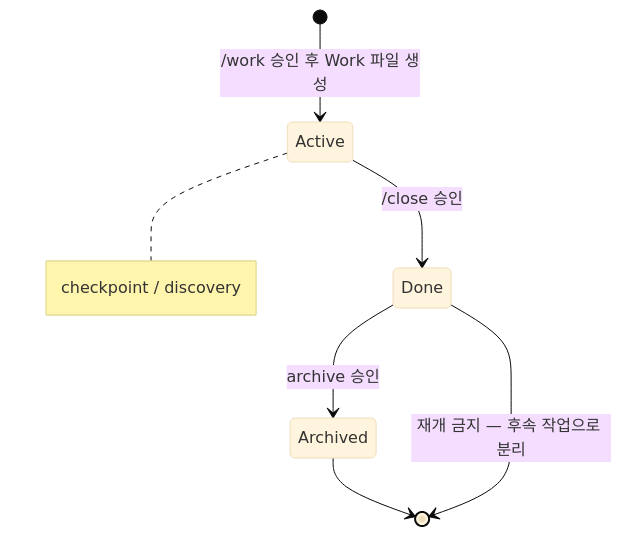
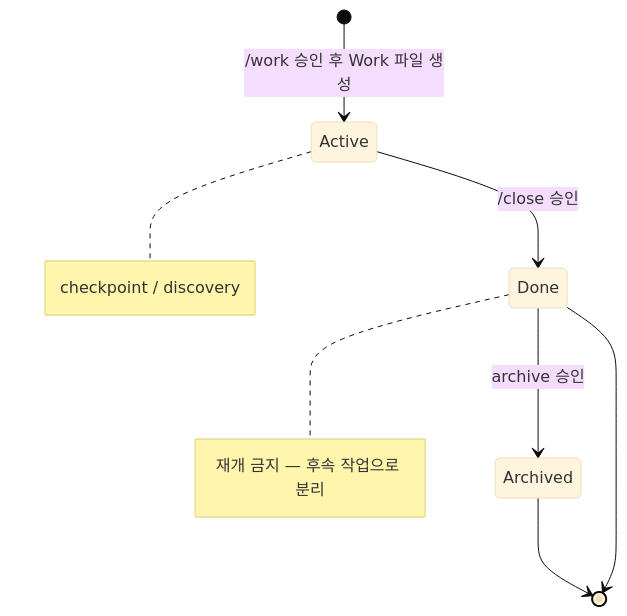
One commit to kyungseo/ai-workflow-harness changed the sixth of 7 diagrams in README.md. Above: the diagram before and after it, drawn with Mermaid (base theme). The commit also changed other lines of this file, not shown here.

First line of the commit message:
docs: README 현행화 — 다이어그램 보정, 사용자 언어 개선, 협업 구조 다이어그램 추가

````diff
--- a/README.md
+++ b/README.md
@@ -293,12 +362,15 @@
 ```mermaid
 stateDiagram-v2
     [*] --> Active: /work 승인 후 Work 파일 생성
     Active --> Done: /close 승인
     Done --> Archived: archive 승인
     Archived --> [*]
-    Done --> [*]: 재개 금지 — 후속 작업으로 분리
+    Done --> [*]
 
     note right of Active
         checkpoint / discovery
     end note
+    note right of Done
+        재개 금지 — 후속 작업으로 분리
+    end note
 ```
````
